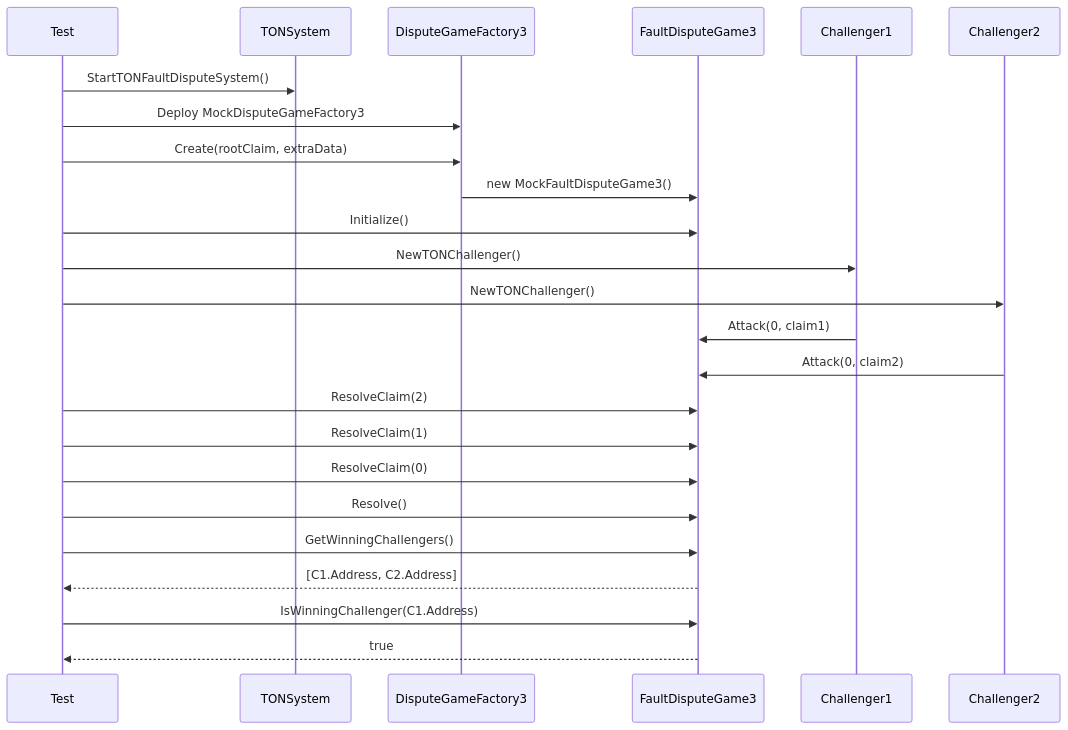
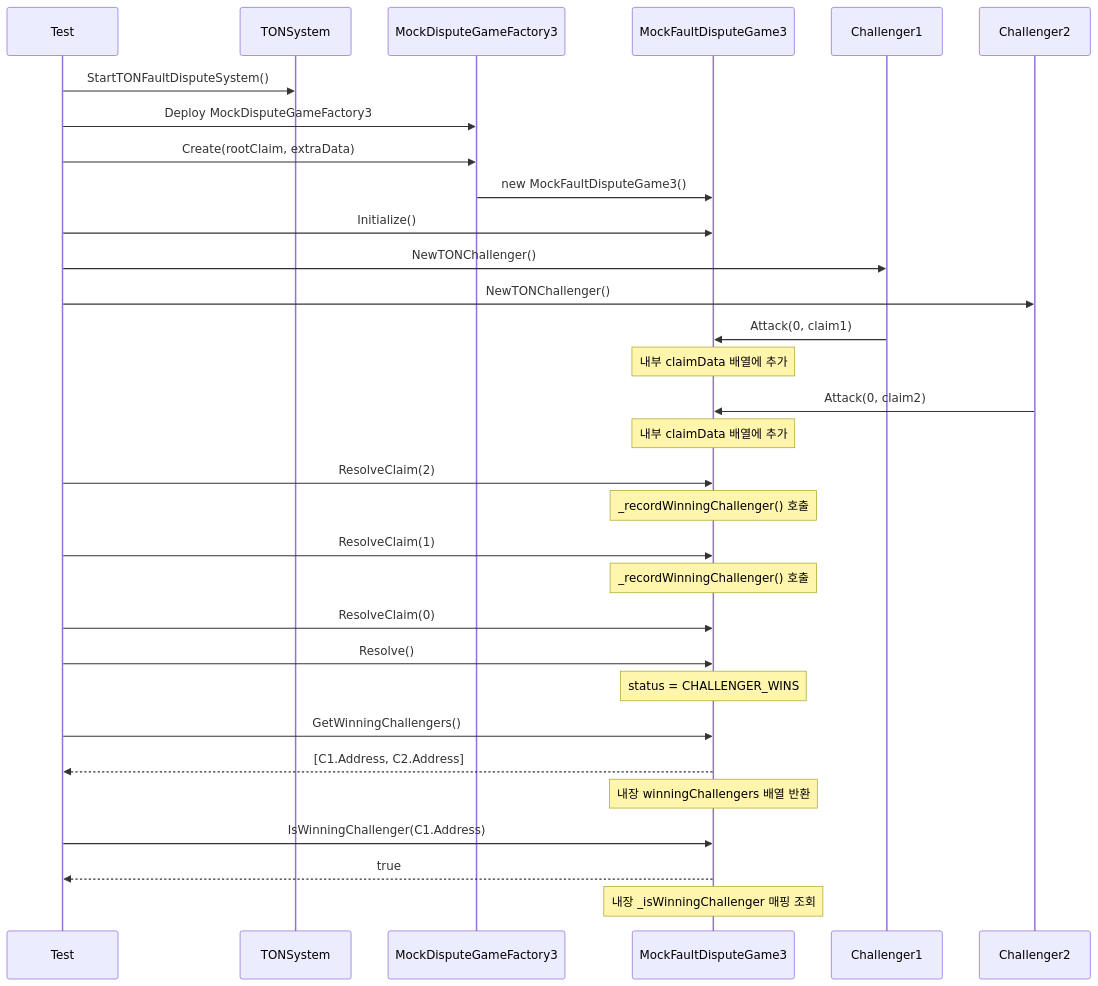
Before and after one commit to tokamak-network/ton-staking-v2: the diagram in docs-study/AdvancedSlash/e2e-test/real-challenger-implementation-report.md, drawn with Mermaid. The commit also changed other lines of this file and 15 other files, not shown here.

````diff
--- a/docs-study/AdvancedSlash/e2e-test/real-challenger-implementation-report.md
+++ b/docs-study/AdvancedSlash/e2e-test/real-challenger-implementation-report.md
@@ -218,32 +355,39 @@
 ```mermaid
 sequenceDiagram
     participant T as Test
     participant S as TONSystem
-    participant F as DisputeGameFactory3
-    participant G as FaultDisputeGame3
+    participant F as MockDisputeGameFactory3
+    participant G as MockFaultDisputeGame3
     participant C1 as Challenger1
     participant C2 as Challenger2
 
     T->>S: StartTONFaultDisputeSystem()
     T->>F: Deploy MockDisputeGameFactory3
     T->>F: Create(rootClaim, extraData)
     F->>G: new MockFaultDisputeGame3()
     T->>G: Initialize()
-    
+
     T->>C1: NewTONChallenger()
     T->>C2: NewTONChallenger()
-    
+
     C1->>G: Attack(0, claim1)
+    Note over G: 내부 claimData 배열에 추가
     C2->>G: Attack(0, claim2)
-    
+    Note over G: 내부 claimData 배열에 추가
+
     T->>G: ResolveClaim(2)
+    Note over G: _recordWinningChallenger() 호출
     T->>G: ResolveClaim(1)
+    Note over G: _recordWinningChallenger() 호출
     T->>G: ResolveClaim(0)
     T->>G: Resolve()
-    
+    Note over G: status = CHALLENGER_WINS
+
     T->>G: GetWinningChallengers()
     G-->>T: [C1.Address, C2.Address]
-    
+    Note over G: 내장 winningChallengers 배열 반환
+
     T->>G: IsWinningChallenger(C1.Address)
     G-->>T: true
+    Note over G: 내장 _isWinningChallenger 매핑 조회
 ```
````
